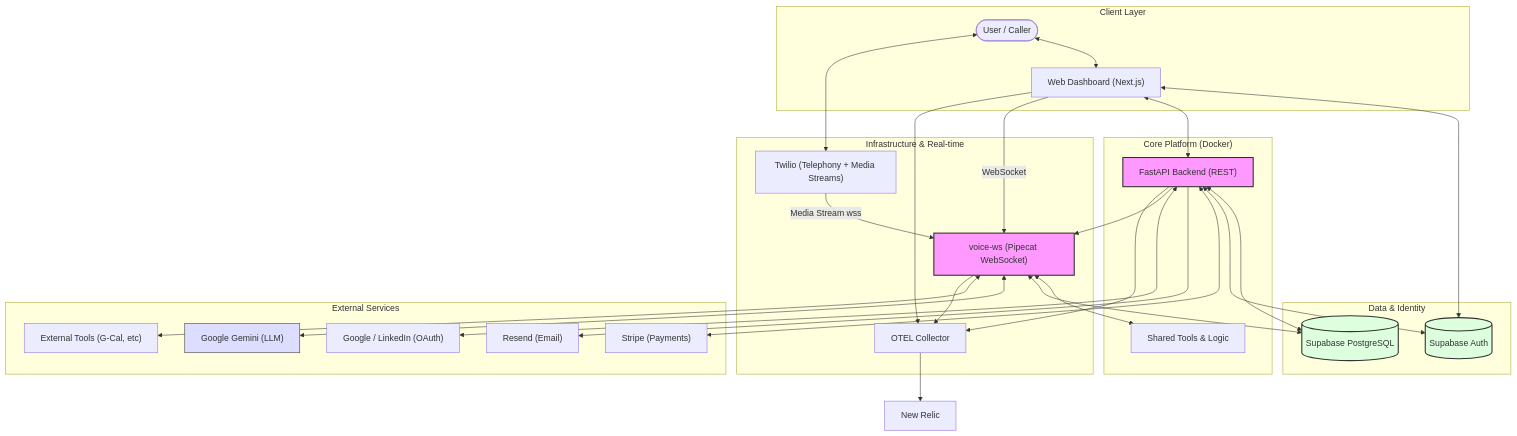
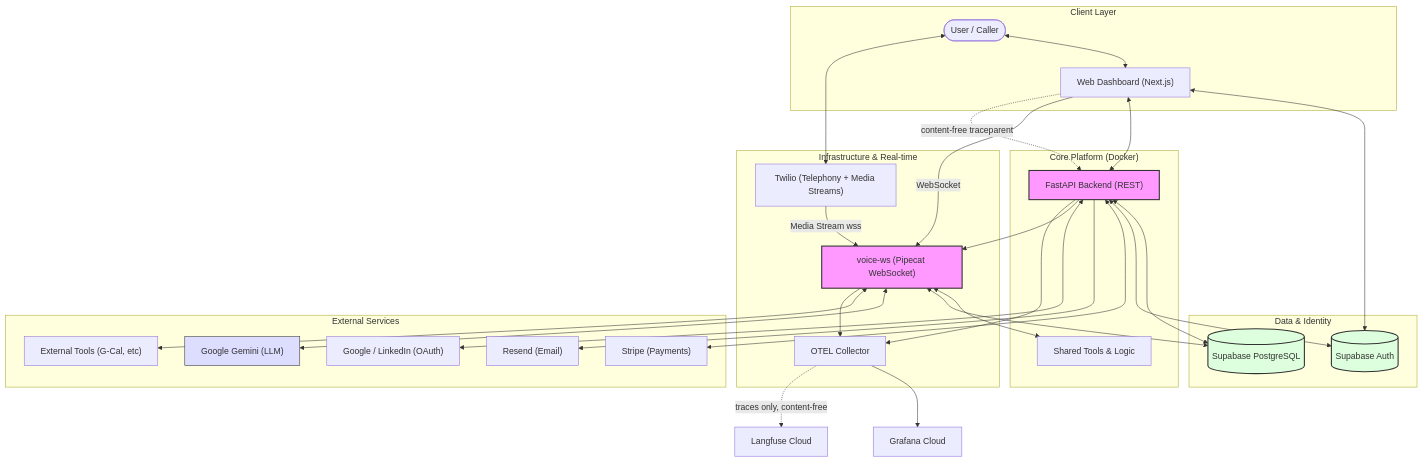
One commit to gauravdhiman/a1-voice-agent-platform changed the diagram in README.md. Above: the diagram before and after it, drawn with Mermaid. The commit also changed other lines of this file and 96 other files, not shown here.

````diff
--- a/README.md
+++ b/README.md
@@ -112,67 +112,69 @@
 ```mermaid
 flowchart TD
     subgraph Client ["Client Layer"]
         User(["User / Caller"])
         Browser["Web Dashboard (Next.js)"]
     end
 
     subgraph Infrastructure ["Infrastructure & Real-time"]
         VWS["voice-ws (Pipecat WebSocket)"]
         Twilio["Twilio (Telephony + Media Streams)"]
         OTEL["OTEL Collector"]
     end
 
     subgraph Backend_Voice ["Core Platform (Docker)"]
         BE["FastAPI Backend (REST)"]
         VWS
         Shared["Shared Tools & Logic"]
     end
 
     subgraph Persistence ["Data & Identity"]
         DB[(Supabase PostgreSQL)]
         Auth[(Supabase Auth)]
     end
 
     subgraph External ["External Services"]
         Gemini["Google Gemini (LLM)"]
         Stripe["Stripe (Payments)"]
         Resend["Resend (Email)"]
         Google["Google / LinkedIn (OAuth)"]
         ExtTools["External Tools (G-Cal, etc)"]
     end
 
     %% Flow: User Dashboard Interaction
     User <--> Browser
     Browser <--> Auth
     Browser <--> BE
     
     %% Flow: Voice Call Interaction
     User <--> Twilio
     Twilio -- Media Stream wss --> VWS
     Browser -- WebSocket --> VWS
     
     %% Flow: Backend Orchestration
     BE <--> DB
     BE <--> Auth
     BE <--> Stripe
     BE --> Resend
     BE <--> Google
     BE --> VWS
     
     %% Flow: Voice AI Execution
     VWS <--> Shared
     VWS <--> DB
     VWS <--> Gemini
     VWS <--> ExtTools
 
     %% Flow: Observability
-    BE & VWS & Browser --> OTEL
-    OTEL --> NR[New Relic]
+    BE & VWS --> OTEL
+    Browser -. content-free traceparent .-> BE
+    OTEL --> GC[Grafana Cloud]
+    OTEL -. traces only, content-free .-> LF[Langfuse Cloud]
 
     %% Styling
     style BE fill:#f9f,stroke:#333,stroke-width:2px
     style VWS fill:#f9f,stroke:#333,stroke-width:2px
     style DB fill:#dfd,stroke:#333,stroke-width:2px
     style Auth fill:#dfd,stroke:#333,stroke-width:2px
     style Gemini fill:#ddf,stroke:#333,stroke-width:1px
 ```
````
